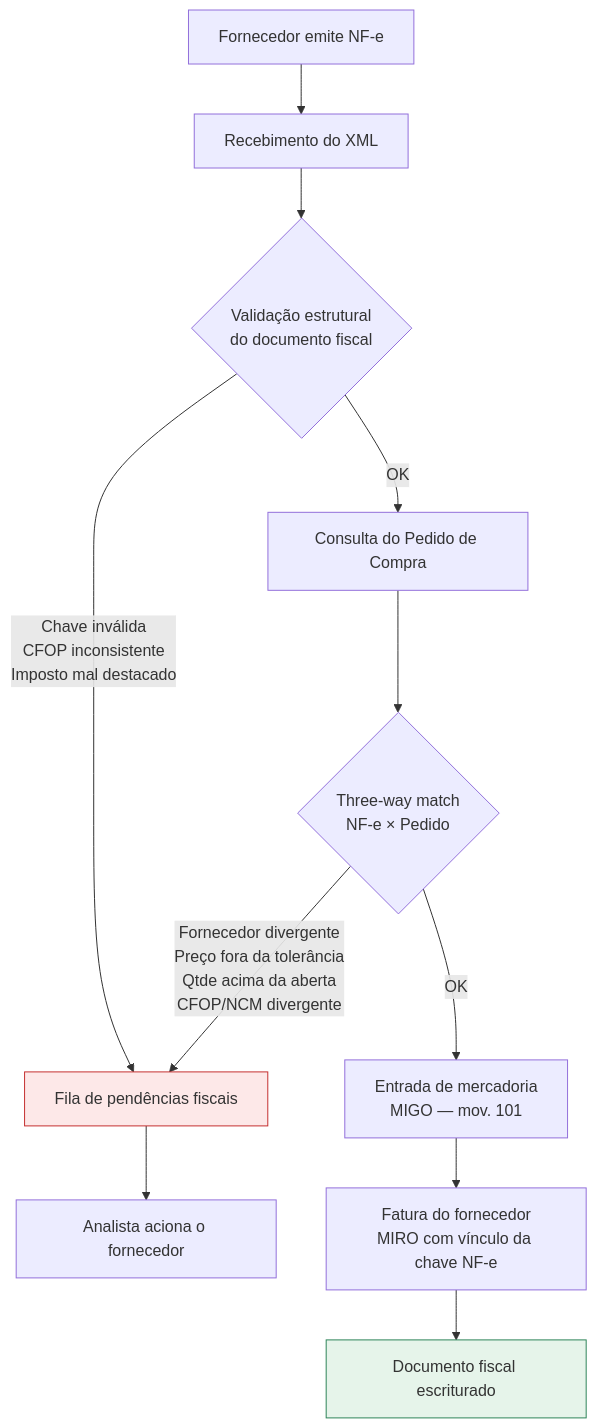
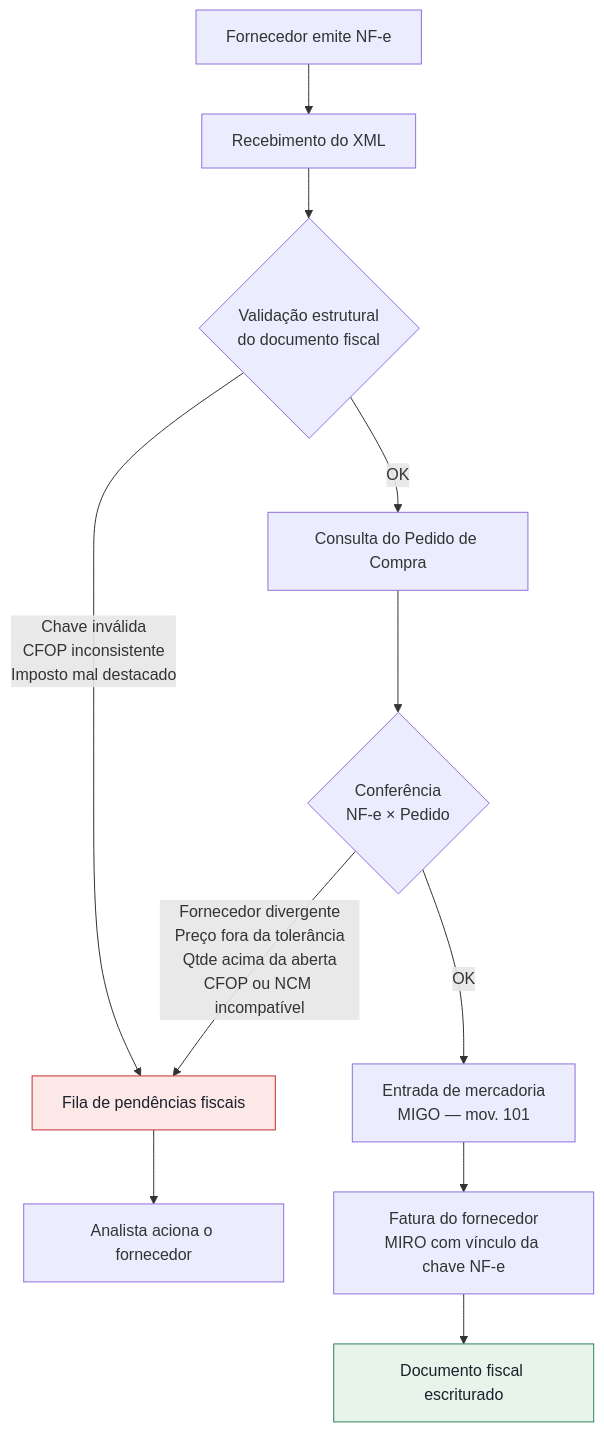
The diagram in README.md (Rumbar/sap-mm-fiscal-inbound), drawn with Mermaid before and after one commit. The commit also changed other lines of this file and 14 other files, not shown here.

Commit message:
fix: corrige CFOP de entrada, NCM e CNPJs; amplia cobertura de testes

````diff
--- a/README.md
+++ b/README.md
@@ -16,16 +16,16 @@
 ```mermaid
 flowchart TD
     A[Fornecedor emite NF-e] --> B[Recebimento do XML]
     B --> C{Validação estrutural<br/>do documento fiscal}
     C -->|Chave inválida<br/>CFOP inconsistente<br/>Imposto mal destacado| X[Fila de pendências fiscais]
     C -->|OK| D[Consulta do Pedido de Compra]
-    D --> E{Three-way match<br/>NF-e × Pedido}
-    E -->|Fornecedor divergente<br/>Preço fora da tolerância<br/>Qtde acima da aberta<br/>CFOP/NCM divergente| X
+    D --> E{Conferência<br/>NF-e × Pedido}
+    E -->|Fornecedor divergente<br/>Preço fora da tolerância<br/>Qtde acima da aberta<br/>CFOP ou NCM incompatível| X
     E -->|OK| F[Entrada de mercadoria<br/>MIGO — mov. 101]
     F --> G[Fatura do fornecedor<br/>MIRO com vínculo da chave NF-e]
     G --> H[Documento fiscal escriturado]
     X --> Y[Analista aciona o fornecedor]
 
-    style X fill:#fde8e8,stroke:#c53030
-    style H fill:#e6f4ea,stroke:#2f855a
+    style X fill:#fde8e8,stroke:#c53030,color:#1a202c
+    style H fill:#e6f4ea,stroke:#2f855a,color:#1a202c
 ```
````
